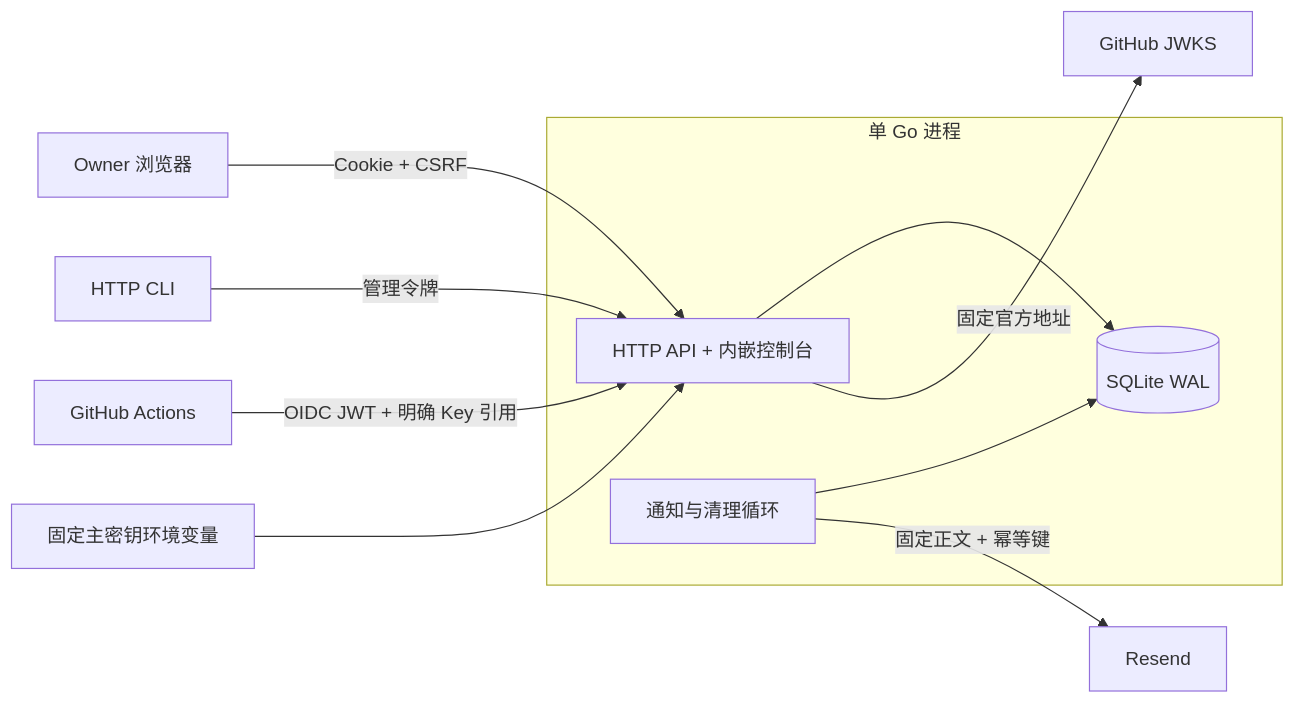
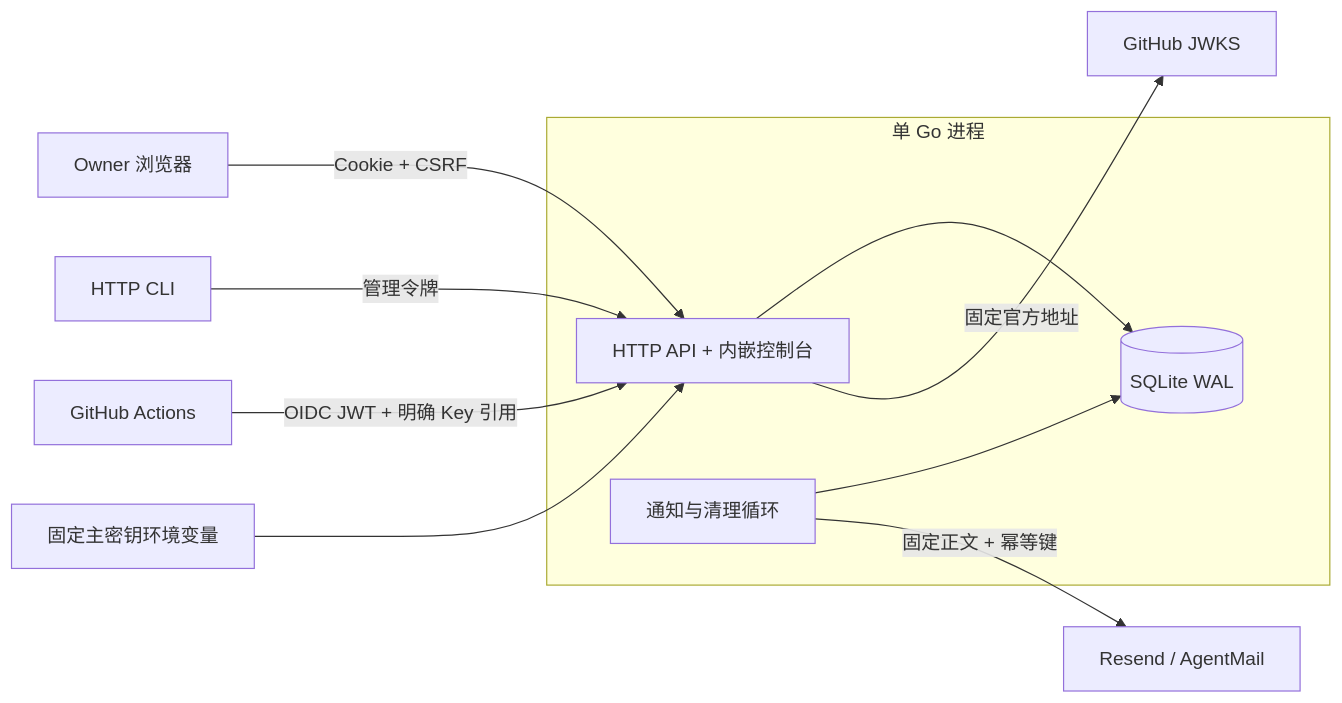
Before and after one commit to jihuayu/civault: the diagram in docs/design.md, drawn with Mermaid. The commit also changed 16 other files, not shown here.

Commit message:
Add selectable email providers with AgentMail support

````diff
--- a/docs/design.md
+++ b/docs/design.md
@@ -5,15 +5,15 @@
 ```mermaid
 flowchart LR
   Owner[Owner 浏览器] -->|Cookie + CSRF| Server
   CLI[HTTP CLI] -->|管理令牌| Server
   Runner[GitHub Actions] -->|OIDC JWT + 明确 Key 引用| Server
   subgraph Container[单 Go 进程]
     Server[HTTP API + 内嵌控制台]
     Worker[通知与清理循环]
     Server --> DB[(SQLite WAL)]
     Worker --> DB
   end
   Master[固定主密钥环境变量] --> Server
-  Worker -->|固定正文 + 幂等键| Resend
+  Worker -->|固定正文 + 幂等键| Email[Resend / AgentMail]
   Server -->|固定官方地址| JWKS[GitHub JWKS]
 ```
````
